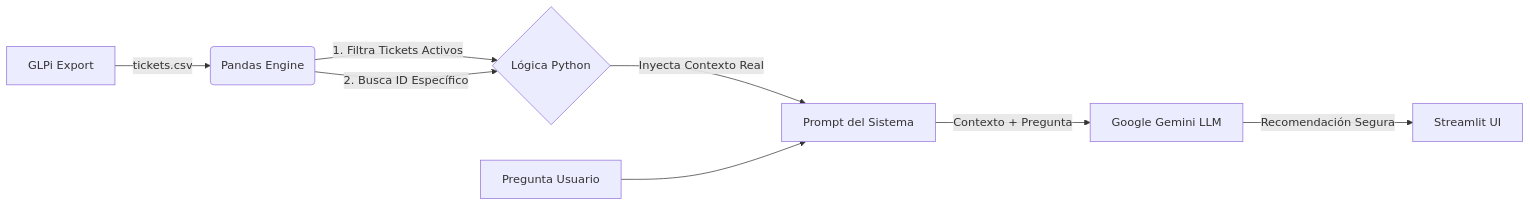
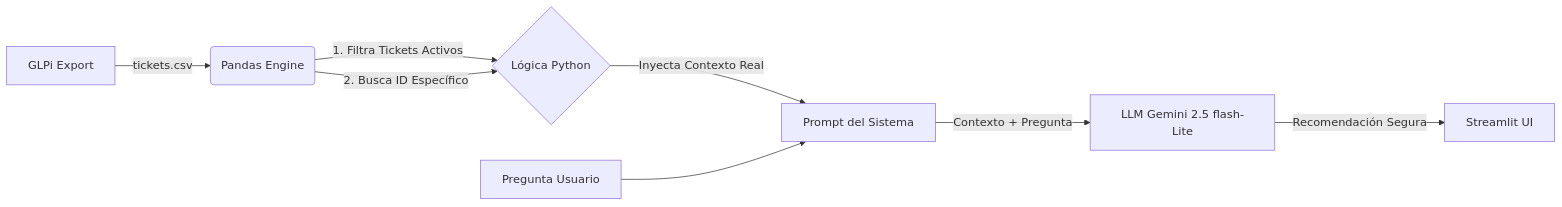
One commit to NicoFuentese/Context-LLM_tickets changed the first of 2 diagrams in README.md. Above: the diagram before and after it, drawn with Mermaid.

Commit message:
Arreglo DFD

````diff
--- a/README.md
+++ b/README.md
@@ -25,10 +25,10 @@
 ```mermaid
 graph LR
     A[GLPi Export] -->|tickets.csv| B(Pandas Engine)
     B -->|1. Filtra Tickets Activos| C{Lógica Python}
     B -->|2. Busca ID Específico| C
     C -->|Inyecta Contexto Real| D[Prompt del Sistema]
     E[Pregunta Usuario] --> D
-    D -->|Contexto + Pregunta| F[Google Gemini LLM]
+    D -->|Contexto + Pregunta| F[LLM Gemini 2.5 flash-Lite]
     F -->|Recomendación Segura| G[Streamlit UI]
 ```
````
